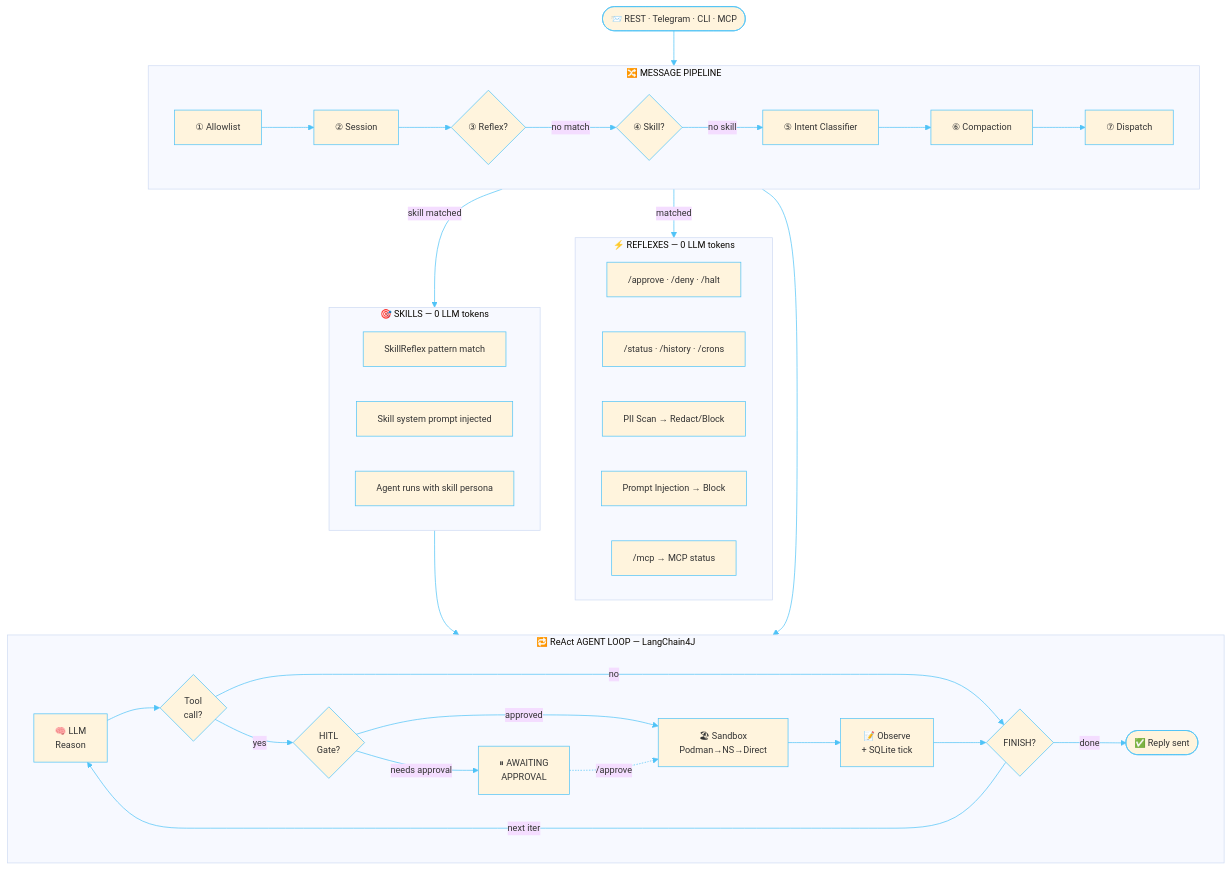
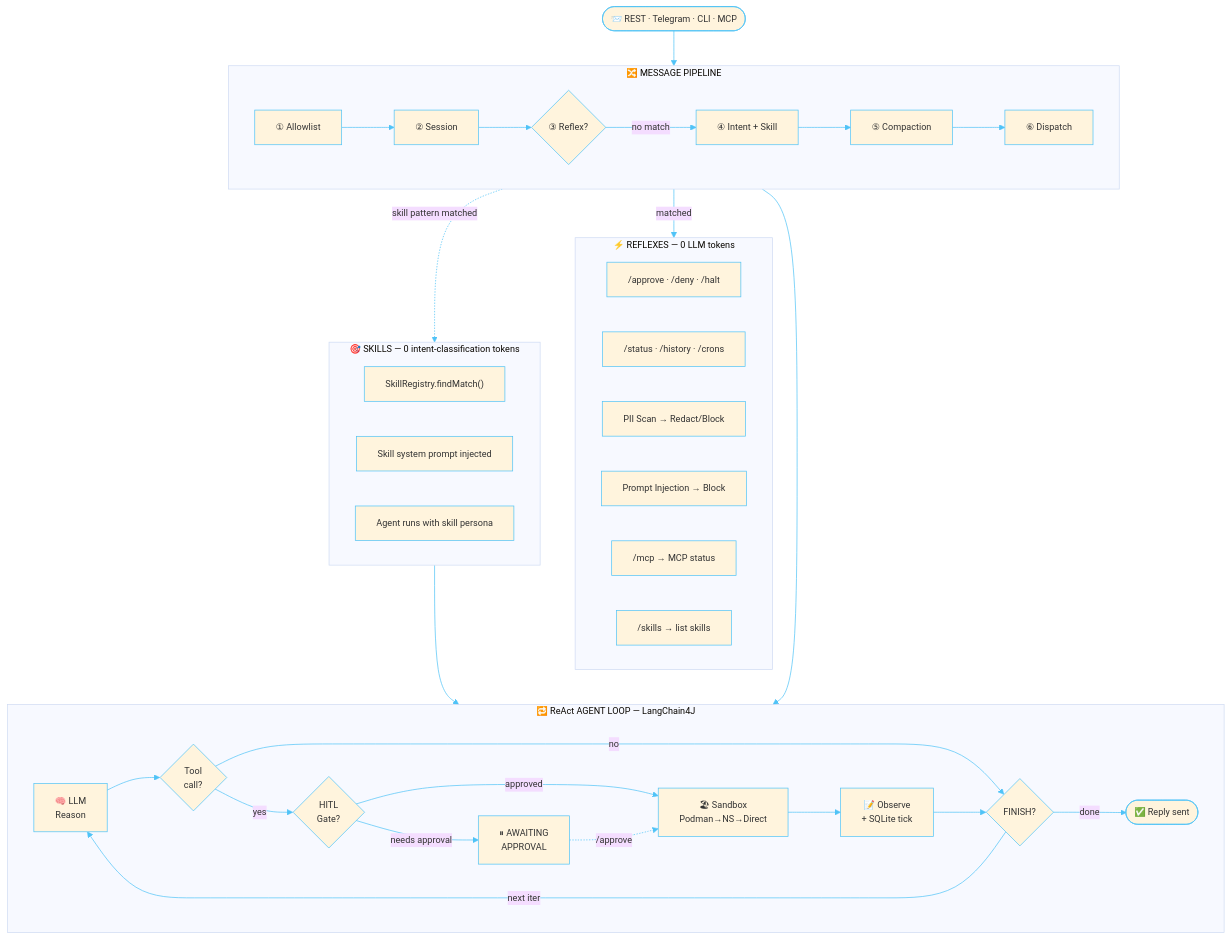
One commit to rsrini7/AmshaAgent changed the first of 8 diagrams in README.md. Above: the diagram before and after it, drawn with Mermaid. The commit also changed other lines of this file, not shown here.

Commit message:
docs: update README to reflect consolidated skill routing within IntentClassificationHandler and new /skills reflex and other key details

````diff
--- a/README.md
+++ b/README.md
@@ -72,64 +72,63 @@
 ```mermaid
 %%{init: {'theme': 'base', 'themeVariables': {'primaryBorderColor': '#4fc3f7', 'lineColor': '#4fc3f7', 'activationBorderColor': '#4fc3f7', 'actorBorder': '#4fc3f7', 'actorLineColor': '#4fc3f7','labelBoxBorderColor': '#0b0c0cff', 'noteBorderColor': '#81c784', 'fontSize': '13px'}}}%%
 flowchart TD
 
     IN(["📨 REST · Telegram · CLI · MCP"]):::entry
 
     subgraph PIPELINE["🔀 MESSAGE PIPELINE"]
         direction LR
         P1["① Allowlist"]:::handler
         P2["② Session"]:::handler
         P3{"③ Reflex?"}:::decision
-        P4{"④ Skill?"}:::decision
-        P5["⑤ Intent Classifier"]:::handler
-        P6["⑥ Compaction"]:::handler
-        P7["⑦ Dispatch"]:::handler
+        P4["④ Intent + Skill"]:::handler
+        P5["⑤ Compaction"]:::handler
+        P6["⑥ Dispatch"]:::handler
     end
 
     subgraph REFLEXES["⚡ REFLEXES — 0 LLM tokens"]
         direction LR
         R1["/approve · /deny · /halt"]:::reflexOut
         R2["/status · /history · /crons"]:::reflexOut
         R3["PII Scan → Redact/Block"]:::reflexOut
         R4["Prompt Injection → Block"]:::reflexOut
         R5["/mcp → MCP status"]:::reflexOut
+        R6["/skills → list skills"]:::reflexOut
     end
 
-    subgraph SKILLS["🎯 SKILLS — 0 LLM tokens"]
+    subgraph SKILLS["🎯 SKILLS — 0 intent-classification tokens"]
         direction LR
-        S1["SkillReflex pattern match"]:::skillOut
+        S1["SkillRegistry.findMatch()"]:::skillOut
         S2["Skill system prompt injected"]:::skillOut
         S3["Agent runs with skill persona"]:::skillOut
     end
 
     subgraph REACT["🔁 ReAct AGENT LOOP — LangChain4J"]
         direction LR
         L1["🧠 LLM<br/>Reason"]:::loop
         L2{"Tool<br/>call?"}:::decision
         L3{"HITL<br/>Gate?"}:::decision
         L4["⏸ AWAITING<br/>APPROVAL"]:::approval
         L5["🏖 Sandbox<br/>Podman→NS→Direct"]:::sandbox
         L6["📝 Observe<br/>+ SQLite tick"]:::loop
         L7{"FINISH?"}:::decision
         L8(["✅ Reply sent"]):::result
     end
 
     IN --> PIPELINE
     P1 --> P2 --> P3
     P3 -->|"matched"| REFLEXES
-    P3 -->|"no match"| P4
-    P4 -->|"skill matched"| SKILLS
-    P4 -->|"no skill"| P5 --> P6 --> P7
+    P3 -->|"no match"| P4 --> P5 --> P6
 
+    P4 -.->|"skill pattern matched"| SKILLS
     SKILLS --> REACT
-    P7 --> REACT
+    P6 --> REACT
     L1 --> L2
     L2 -->|"no"| L7
     L2 -->|"yes"| L3
     L3 -->|"approved"| L5
     L3 -->|"needs approval"| L4
     L4 -.->|"/approve"| L5
     L5 --> L6 --> L7
     L7 -->|"next iter"| L1
     L7 -->|"done"| L8
 ```
````
